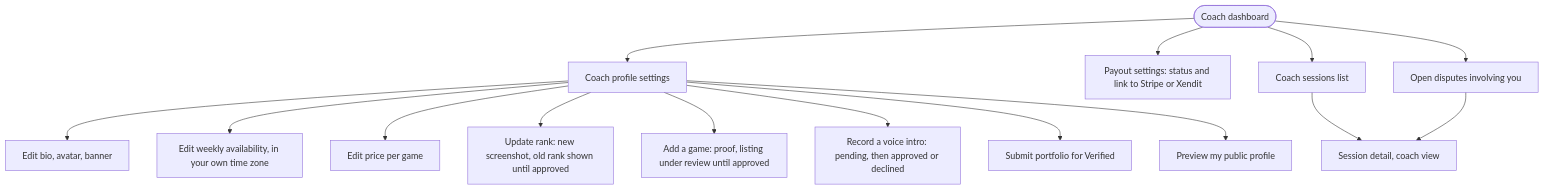
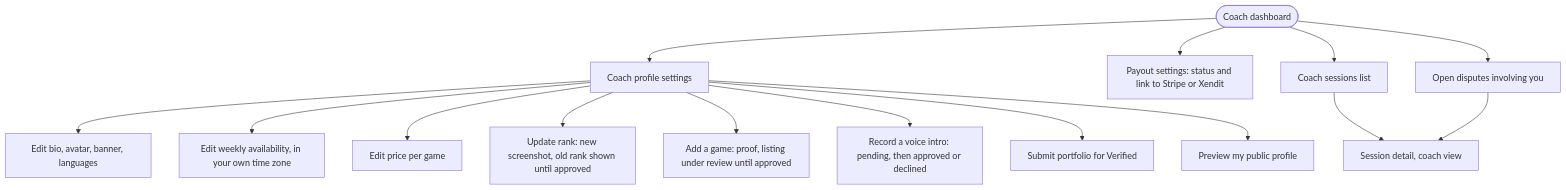
Before and after one commit to ILoveWaterSm/Harbourly-Waitlist-2.0: the ninth of 13 diagrams in design/USER-FLOW.md, drawn with Mermaid. The commit also changed other lines of this file and 17 other files, not shown here.

First line of the commit message:
Browse: one coach card per row with bio, flag, languages, time zone and next free; taller top nav

````diff
--- a/design/USER-FLOW.md
+++ b/design/USER-FLOW.md
@@ -272,17 +272,17 @@
 ```mermaid
 flowchart TD
   CDash(["Coach dashboard"]) --> Settings["Coach profile settings"]
-  Settings --> Bio["Edit bio, avatar, banner"]
+  Settings --> Bio["Edit bio, avatar, banner, languages"]
   Settings --> Avail["Edit weekly availability, in your own time zone"]
   Settings --> Rates["Edit price per game"]
   Settings --> Rank["Update rank: new screenshot, old rank shown until approved"]
   Settings --> AddGame["Add a game: proof, listing under review until approved"]
   Settings --> Voice["Record a voice intro: pending, then approved or declined"]
   Settings --> Portfolio["Submit portfolio for Verified"]
   Settings --> Preview["Preview my public profile"]
   CDash --> PayoutSet["Payout settings: status and link to Stripe or Xendit"]
   CDash --> CSessions["Coach sessions list"]
   CSessions --> Detail["Session detail, coach view"]
   CDash --> Disputes["Open disputes involving you"]
   Disputes --> Detail
 ```
````
